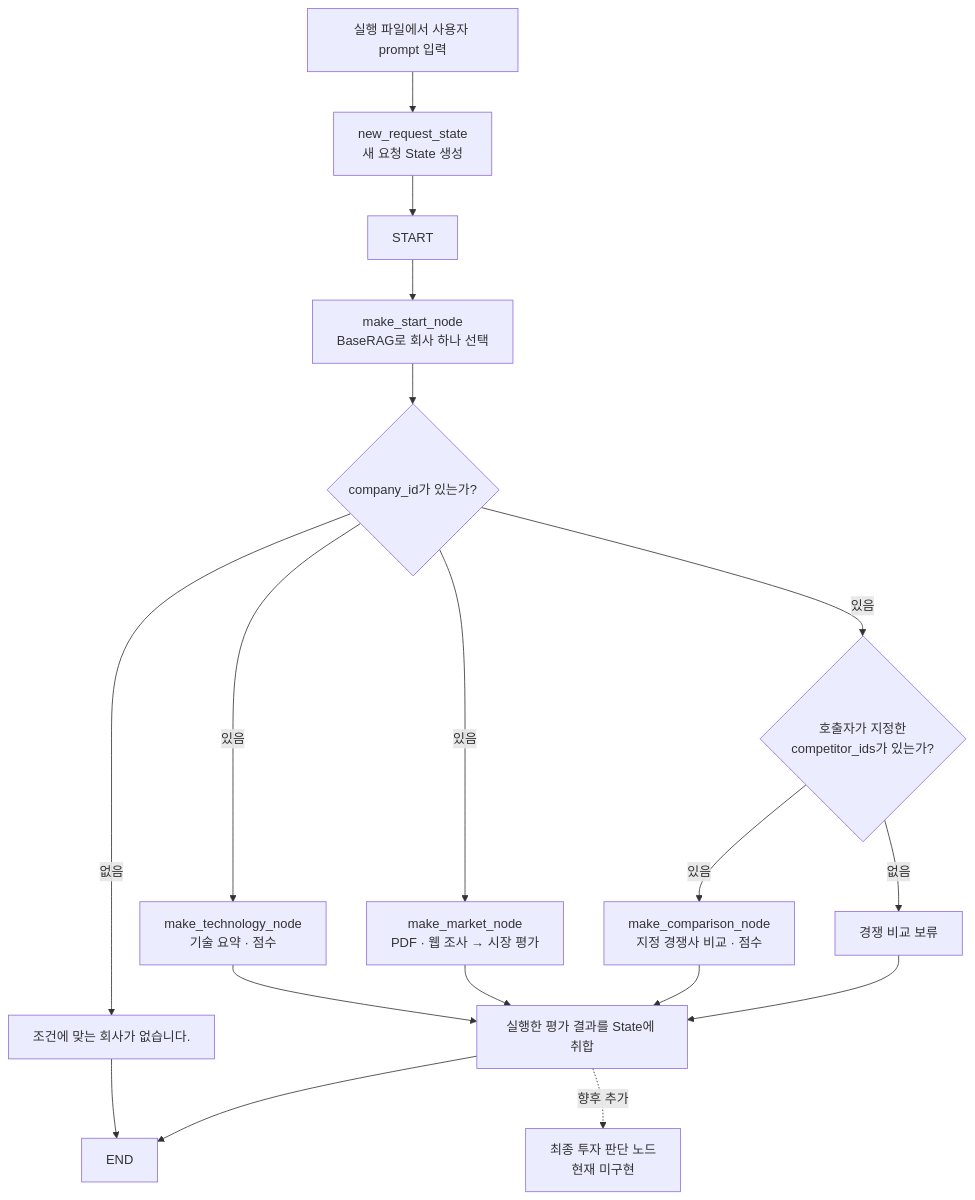
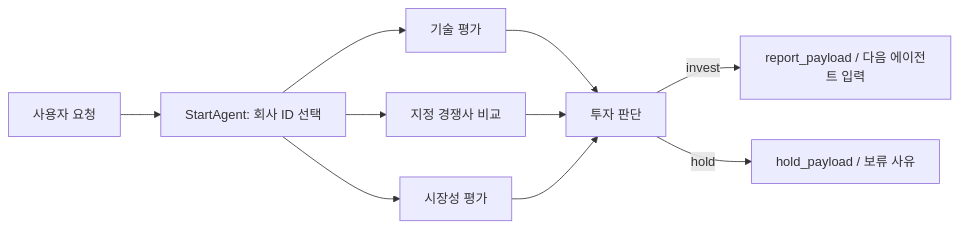
One commit to SKALA-BlackRubberShoes/gicheol changed the diagram in README.md. Above: the diagram before and after it, drawn with Mermaid. The commit also changed other lines of this file and 15 other files, not shown here.

````diff
--- a/README.md
+++ b/README.md
@@ -187,20 +63,12 @@
 ```mermaid
-flowchart TD
-    INPUT["실행 파일에서 사용자 prompt 입력"] --> INIT["new_request_state<br/>새 요청 State 생성"]
-    INIT --> BEGIN["START"]
-    BEGIN --> SELECT["make_start_node<br/>BaseRAG로 회사 하나 선택"]
-    SELECT --> FOUND{"company_id가 있는가?"}
-    FOUND -->|없음| MESSAGE["조건에 맞는 회사가 없습니다."]
-    MESSAGE --> FINISH["END"]
-    FOUND -->|있음| TECH["make_technology_node<br/>기술 요약 · 점수"]
-    FOUND -->|있음| MARKET["make_market_node<br/>PDF · 웹 조사 → 시장 평가"]
-    FOUND -->|있음| IDS{"호출자가 지정한<br/>competitor_ids가 있는가?"}
-    IDS -->|있음| COMP["make_comparison_node<br/>지정 경쟁사 비교 · 점수"]
-    IDS -->|없음| SKIP["경쟁 비교 보류"]
-    TECH --> JOIN["실행한 평가 결과를 State에 취합"]
-    MARKET --> JOIN
-    COMP --> JOIN
-    SKIP --> JOIN
-    JOIN --> FINISH
-    JOIN -. 향후 추가 .-> INVEST["최종 투자 판단 노드<br/>현재 미구현"]
+flowchart LR
+    P["사용자 요청"] --> S["StartAgent: 회사 ID 선택"]
+    S --> T["기술 평가"]
+    S --> C["지정 경쟁사 비교"]
+    S --> M["시장성 평가"]
+    T --> J["투자 판단"]
+    C --> J
+    M --> J
+    J -->|invest| R["report_payload / 다음 에이전트 입력"]
+    J -->|hold| H["hold_payload / 보류 사유"]
 ```
````
